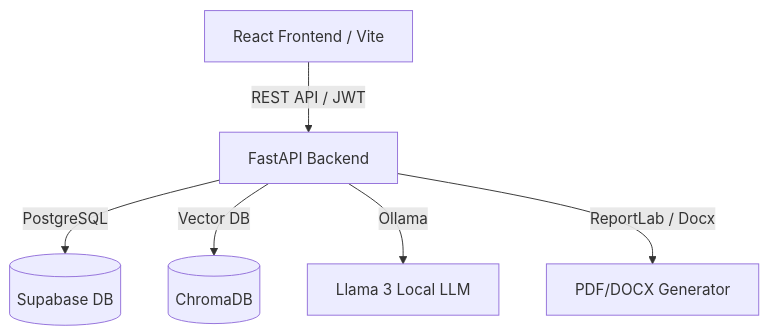
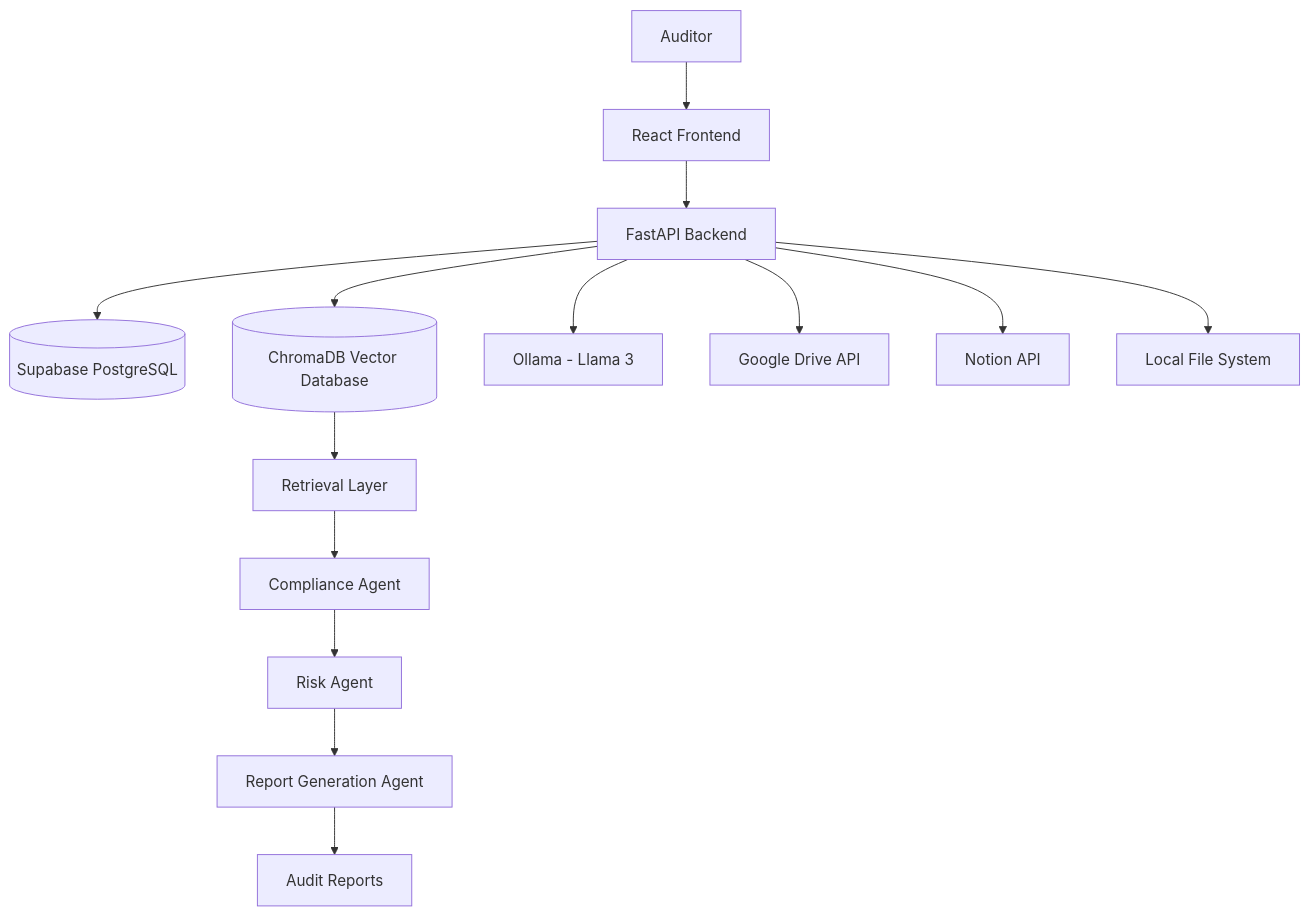
One commit to KoletiSankeerthana/autonomous-compliance-audit-platform changed the first of 3 diagrams in README.md. Above: the diagram before and after it, drawn with Mermaid. The commit also changed other lines of this file, not shown here.

````diff
--- a/README.md
+++ b/README.md
@@ -24,8 +177,25 @@
 ```mermaid
 graph TD
-    UI[React Frontend / Vite] -->|REST API / JWT| FastAPI[FastAPI Backend]
-    FastAPI -->|PostgreSQL| DB[(Supabase DB)]
-    FastAPI -->|Vector DB| Chroma[(ChromaDB)]
-    FastAPI -->|Ollama| LLM[Llama 3 Local LLM]
-    FastAPI -->|ReportLab / Docx| Export[PDF/DOCX Generator]
+
+User[Auditor]
+
+User --> Frontend[React Frontend]
+
+Frontend --> Backend[FastAPI Backend]
+
+Backend --> PostgreSQL[(Supabase PostgreSQL)]
+Backend --> ChromaDB[(ChromaDB Vector Database)]
+Backend --> Ollama[Ollama - Llama 3]
+
+Backend --> GoogleDrive[Google Drive API]
+Backend --> Notion[Notion API]
+Backend --> LocalFiles[Local File System]
+
+ChromaDB --> RAG[Retrieval Layer]
+
+RAG --> ComplianceAgent[Compliance Agent]
+ComplianceAgent --> RiskAgent[Risk Agent]
+RiskAgent --> ReportAgent[Report Generation Agent]
+
+ReportAgent --> Reports[Audit Reports]
 ```
````
